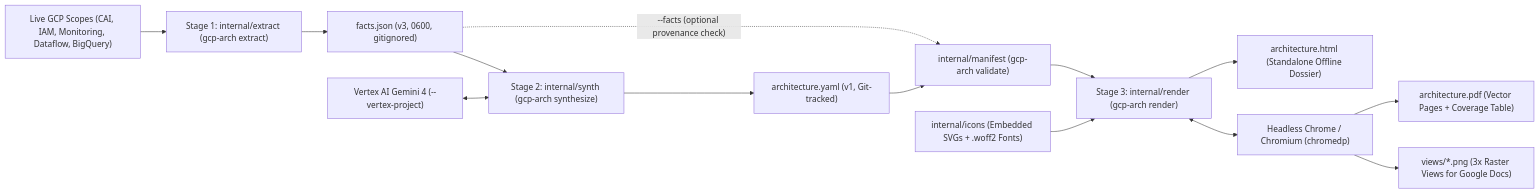
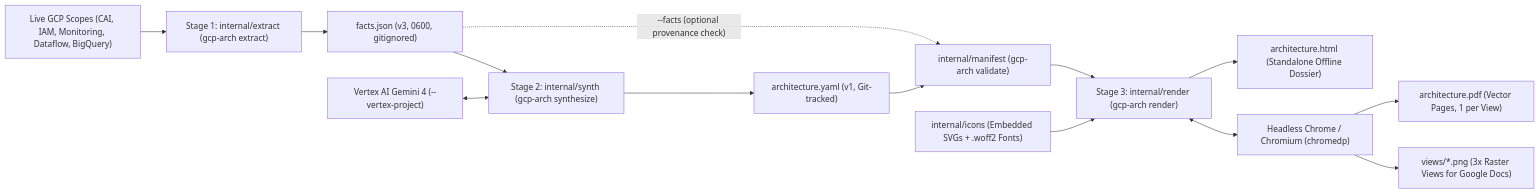
One commit to arrase/gcp-arch changed the diagram in docs/designs/semantic-multi-view-pipeline.md. Above: the diagram before and after it, drawn with Mermaid. The commit also changed other lines of this file and 20 other files, not shown here.

````diff
--- a/docs/designs/semantic-multi-view-pipeline.md
+++ b/docs/designs/semantic-multi-view-pipeline.md
@@ -90,16 +90,16 @@
 ```mermaid
 flowchart LR
     GCP["Live GCP Scopes (CAI, IAM, Monitoring, Dataflow, BigQuery)"] --> Extract["Stage 1: internal/extract (gcp-arch extract)"]
     Extract --> Facts["facts.json (v3, 0600, gitignored)"]
     Facts --> Synth["Stage 2: internal/synth (gcp-arch synthesize)"]
     Vertex["Vertex AI Gemini 4 (--vertex-project)"] <--> Synth
     Synth --> Manifest["architecture.yaml (v1, Git-tracked)"]
     Facts -. "--facts (optional provenance check)" .-> Validate["internal/manifest (gcp-arch validate)"]
     Manifest --> Validate
     Validate --> Render["Stage 3: internal/render (gcp-arch render)"]
     Icons["internal/icons (Embedded SVGs + .woff2 Fonts)"] --> Render
     Render --> HTML["architecture.html (Standalone Offline Dossier)"]
     Render <--> CDP["Headless Chrome / Chromium (chromedp)"]
-    CDP --> PDF["architecture.pdf (Vector Pages + Coverage Table)"]
+    CDP --> PDF["architecture.pdf (Vector Pages, 1 per View)"]
     CDP --> PNG["views/*.png (3x Raster Views for Google Docs)"]
 ```
````
